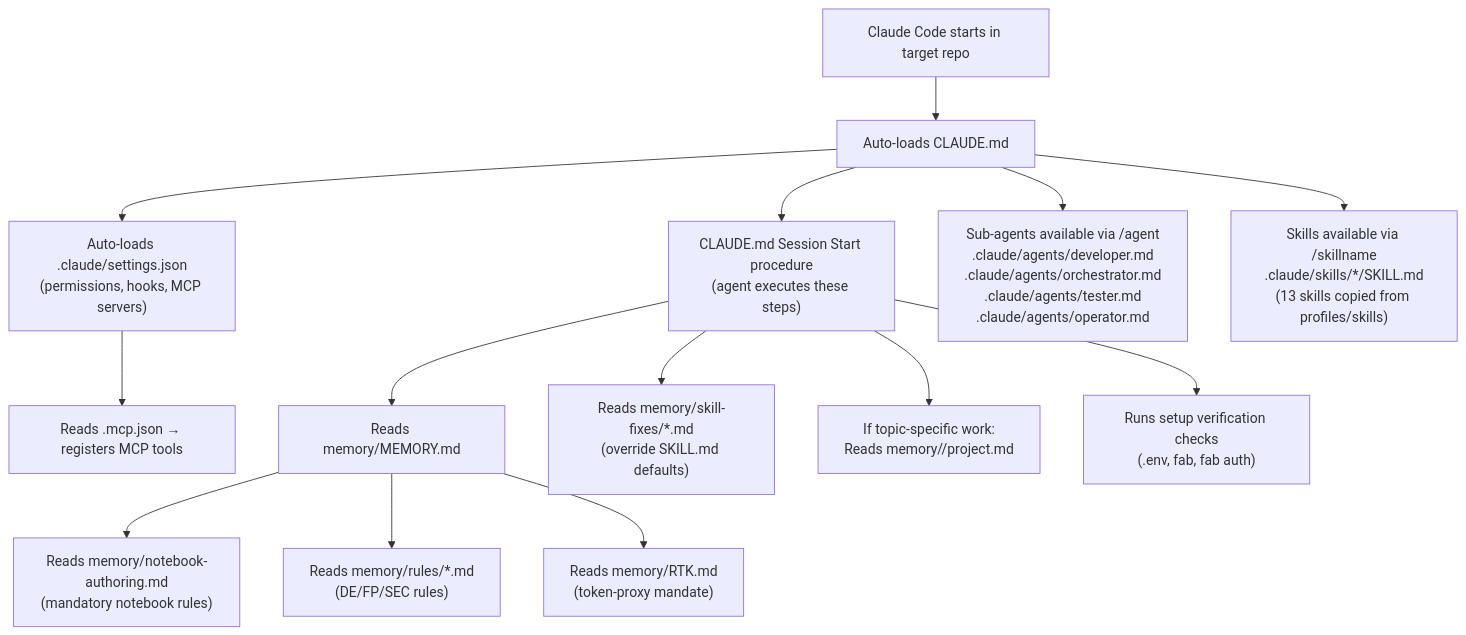
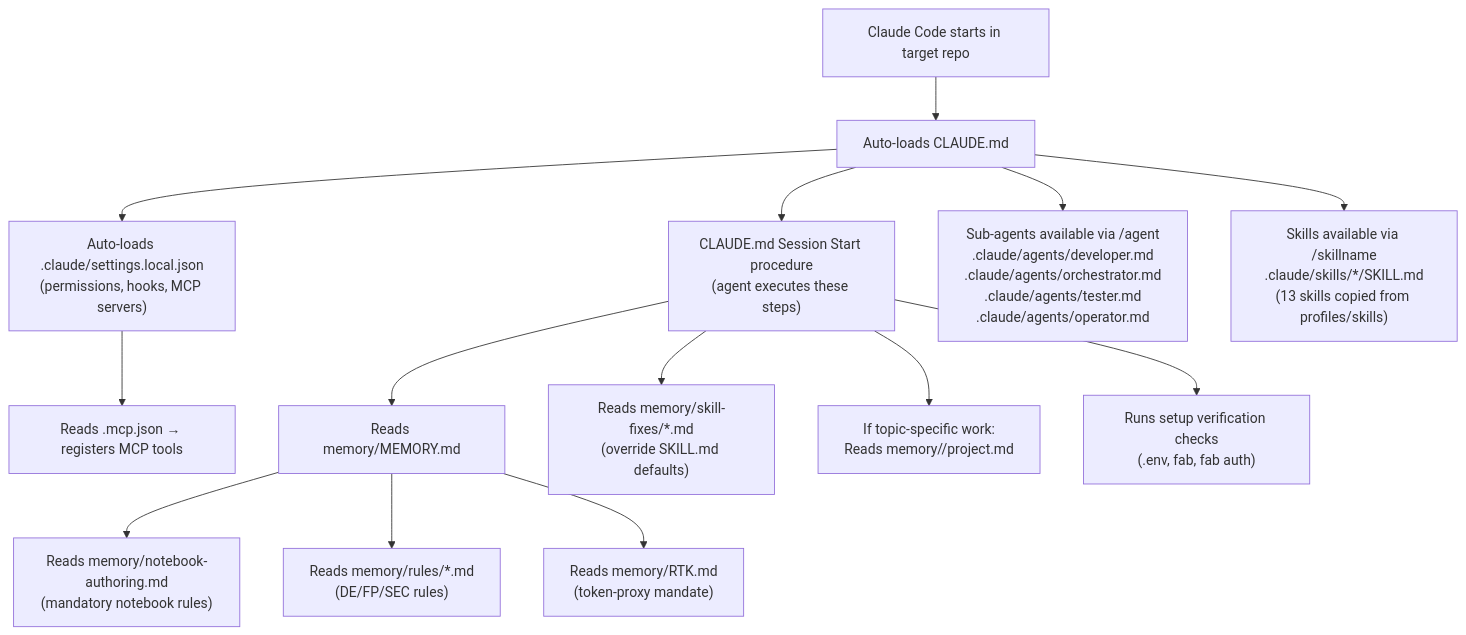
One commit to scardoso-lu/fabric-skills-settings changed the first of 2 diagrams in docs/setup-autoload.md. Above: the diagram before and after it, drawn with Mermaid. The commit also changed other lines of this file and 19 other files, not shown here.

````diff
--- a/docs/setup-autoload.md
+++ b/docs/setup-autoload.md
@@ -24,17 +24,17 @@
 ```mermaid
 flowchart TD
   A["Claude Code starts in target repo"] --> B["Auto-loads CLAUDE.md"]
-  B --> C["Auto-loads .claude/settings.json\n(permissions, hooks, MCP servers)"]
+B --> C["Auto-loads .claude/settings.local.json\n(permissions, hooks, MCP servers)"]
   C --> D["Reads .mcp.json → registers MCP tools"]
   B --> E["CLAUDE.md Session Start procedure\n(agent executes these steps)"]
   E --> F["Reads memory/MEMORY.md"]
   F --> G["Reads memory/notebook-authoring.md\n(mandatory notebook rules)"]
   F --> H["Reads memory/rules/*.md\n(DE/FP/SEC rules)"]
   F --> R["Reads memory/RTK.md\n(token-proxy mandate)"]
   E --> I["Reads memory/skill-fixes/*.md\n(override SKILL.md defaults)"]
   E --> J["If topic-specific work:\nReads memory/<topic>/project.md"]
   E --> K["Runs setup verification checks\n(.env, fab, fab auth)"]
 
   B --> L["Sub-agents available via /agent\n.claude/agents/developer.md\n.claude/agents/orchestrator.md\n.claude/agents/tester.md\n.claude/agents/operator.md"]
   B --> M["Skills available via /skillname\n.claude/skills/*/SKILL.md\n(13 skills copied from profiles/skills)"]
 ```
````
